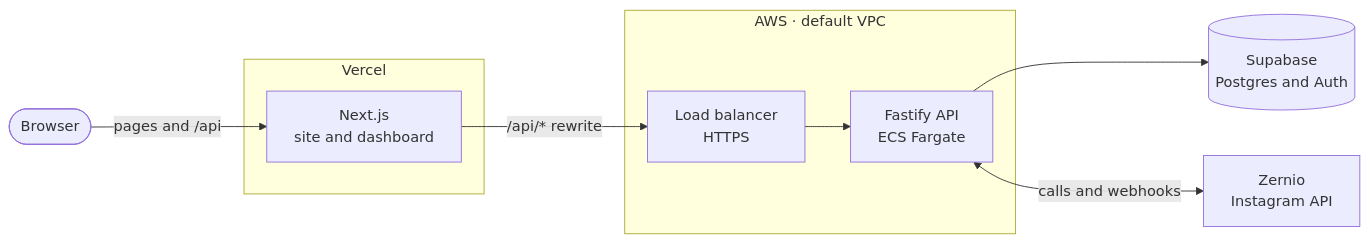
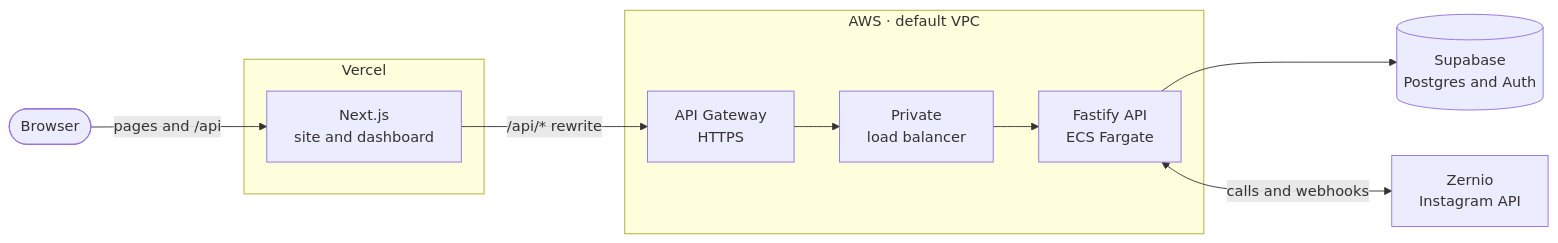
Before and after one commit to Thinking-Sound-Lab/aghost: the first of 2 diagrams in README.md, drawn with Mermaid. The commit also changed other lines of this file and 9 other files, not shown here.

First line of the commit message:
Serve the API through API Gateway, without DNS

````diff
--- a/README.md
+++ b/README.md
@@ -29,17 +29,17 @@
 ```mermaid
 flowchart LR
   browser(["Browser"])
   subgraph vercel["Vercel"]
     web["Next.js<br/>site and dashboard"]
   end
   subgraph aws["AWS · default VPC"]
-    alb["Load balancer<br/>HTTPS"] --> api["Fastify API<br/>ECS Fargate"]
+    gateway["API Gateway<br/>HTTPS"] --> alb["Private<br/>load balancer"] --> api["Fastify API<br/>ECS Fargate"]
   end
   supabase[("Supabase<br/>Postgres and Auth")]
   zernio["Zernio<br/>Instagram API"]
 
   browser -->|"pages and /api"| web
-  web -->|"/api/* rewrite"| alb
+  web -->|"/api/* rewrite"| gateway
   api --> supabase
   api <-->|"calls and webhooks"| zernio
 ```
````
